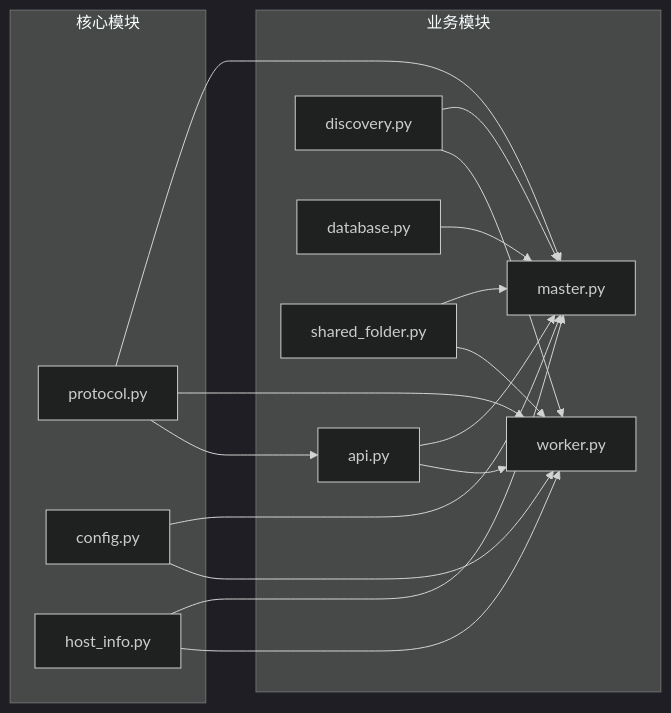
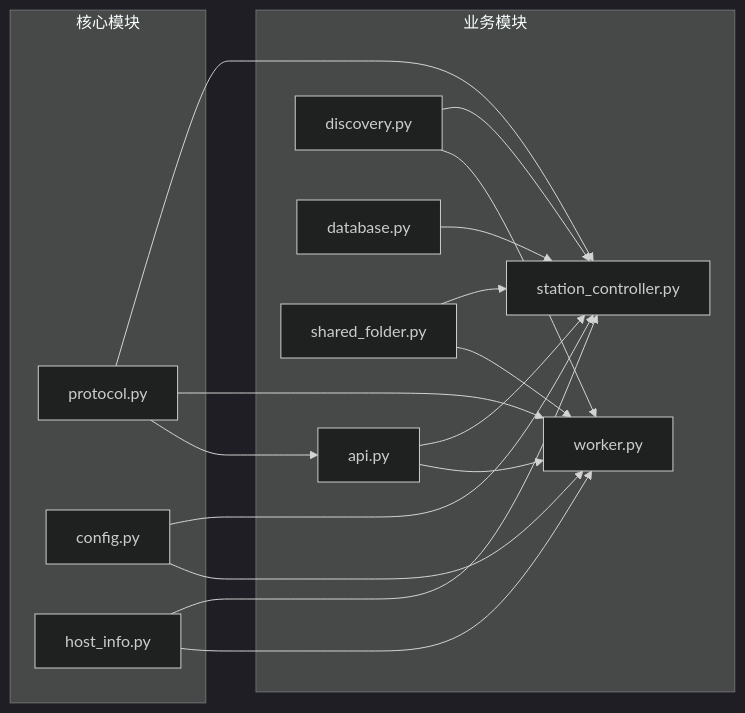
The fifth of 5 diagrams in .qoder/repowiki/zh/content/架构设计/Worker 代理/通信协议与消息格式/HTTP API 通信协议.md (targalian/Personal-distributed-workstation), drawn with Mermaid (dark theme) before and after one commit. The commit also changed other lines of this file and 63 other files, not shown here.

Commit message:
docs(station): 同步 repo wiki 至 station_controller/station_api 架构

````diff
--- a/.qoder/repowiki/zh/content/架构设计/Worker 代理/通信协议与消息格式/HTTP API 通信协议.md
+++ b/.qoder/repowiki/zh/content/架构设计/Worker 代理/通信协议与消息格式/HTTP API 通信协议.md
@@ -321,30 +321,30 @@
 ```mermaid
 graph LR
 subgraph "核心模块"
 Protocol[protocol.py]
 Config[config.py]
 HostInfo[host_info.py]
 end
 subgraph "业务模块"
-Master[master.py]
+Master[station_controller.py]
 Worker[worker.py]
 API[api.py]
 Discovery[discovery.py]
 Database[database.py]
 Shared[shared_folder.py]
 end
 Protocol --> Master
 Protocol --> Worker
 Protocol --> API
 Config --> Master
 Config --> Worker
 HostInfo --> Master
 HostInfo --> Worker
 Discovery --> Master
 Discovery --> Worker
 Database --> Master
 API --> Master
 API --> Worker
 Shared --> Master
 Shared --> Worker
 ```
````
